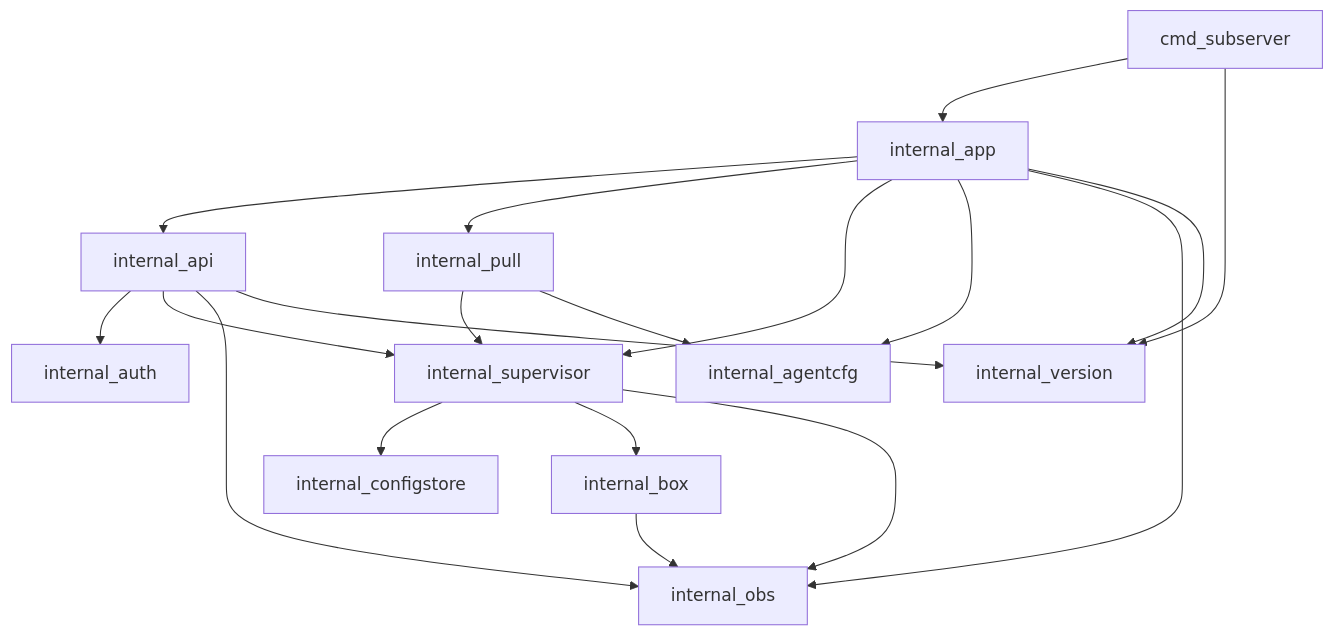
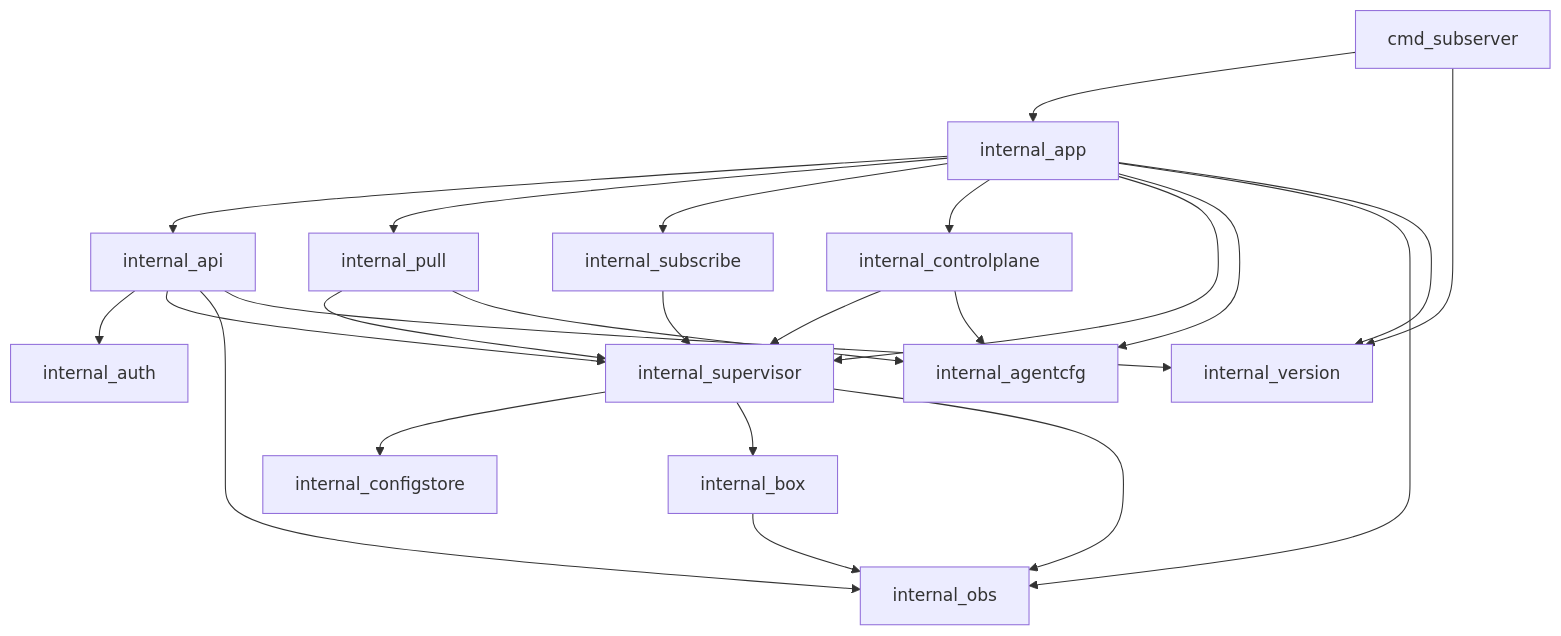
Before and after one commit to ne-tort/sing-box-subserver: the diagram in docs/09-repo-layout.md, drawn with Mermaid. The commit also changed other lines of this file and 63 other files, not shown here.

````diff
--- a/docs/09-repo-layout.md
+++ b/docs/09-repo-layout.md
@@ -40,32 +45,39 @@
 ```mermaid
 flowchart TB
   cmd[cmd_subserver]
   app[internal_app]
   api[internal_api]
   auth[internal_auth]
   sup[internal_supervisor]
   store[internal_configstore]
   box[internal_box]
   pull[internal_pull]
+  sub[internal_subscribe]
+  cp[internal_controlplane]
   obs[internal_obs]
   cfg[internal_agentcfg]
   ver[internal_version]
   cmd --> app
   cmd --> ver
   app --> api
   app --> pull
+  app --> sub
+  app --> cp
   app --> sup
   app --> cfg
   app --> obs
   app --> ver
   api --> auth
   api --> sup
   api --> obs
   api --> ver
   pull --> sup
   pull --> cfg
+  sub --> sup
+  cp --> sup
+  cp --> cfg
   sup --> store
   sup --> box
   sup --> obs
   box --> obs
 ```
````
